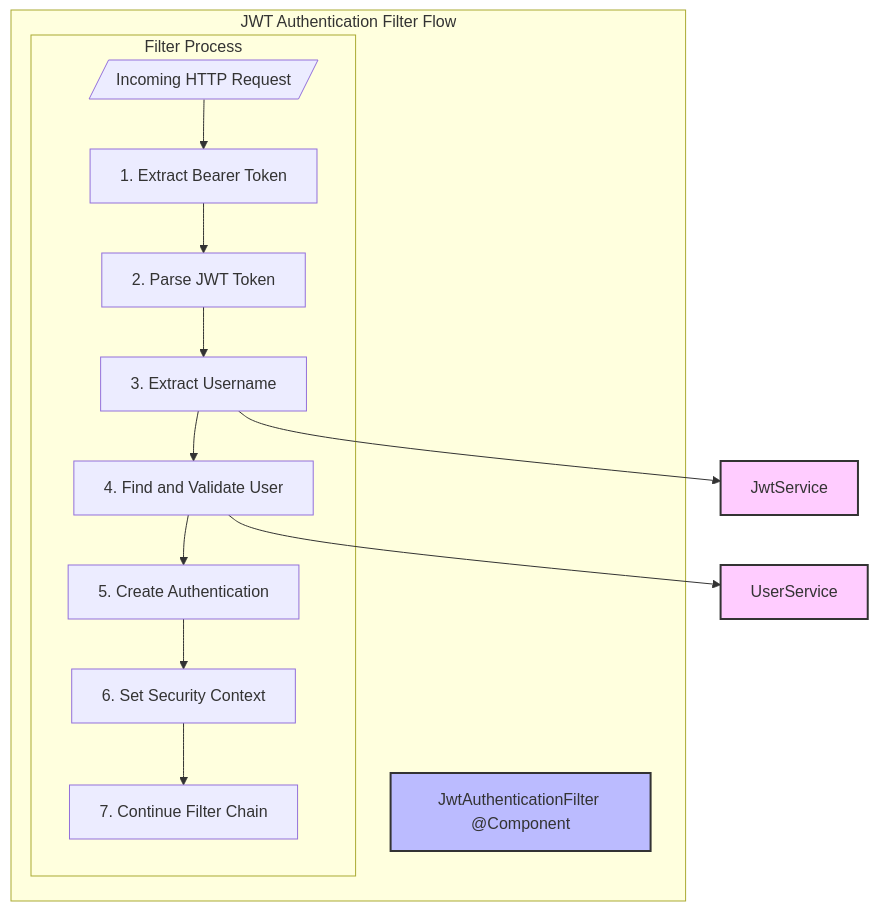
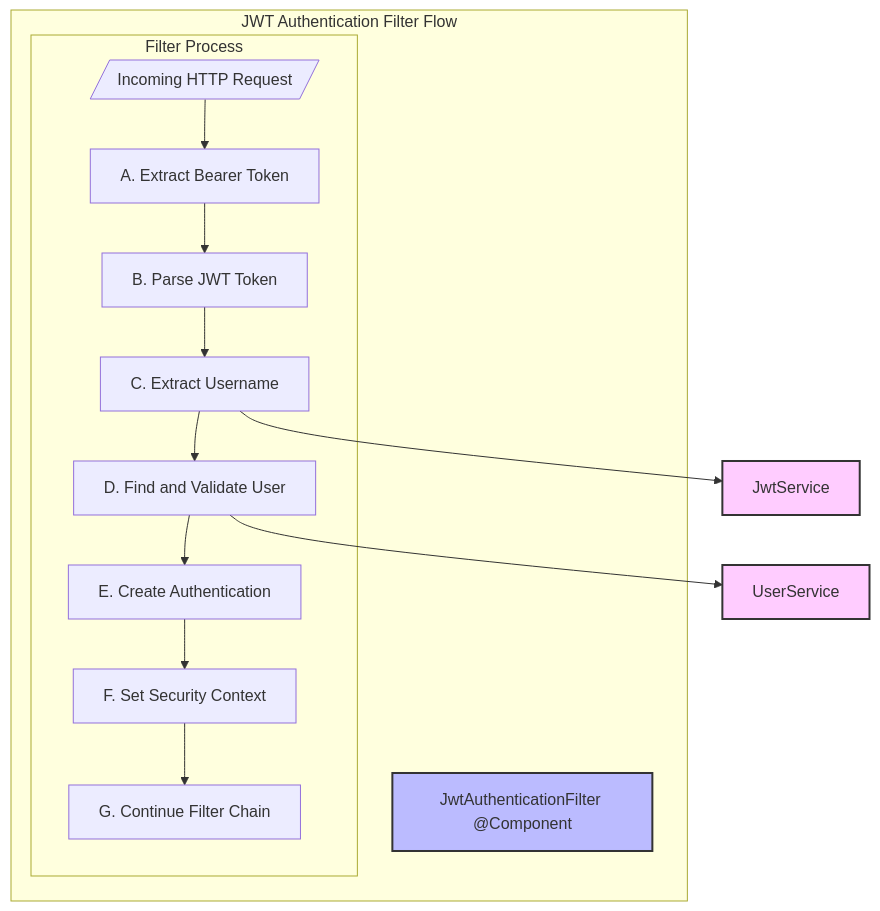
The second of 2 diagrams in README.md (victorfelipealvarezrojas/master-spring-security), drawn with Mermaid before and after one commit. The commit also changed other lines of this file, not shown here.

Commit message:
diagrama de componentes

````diff
--- a/README.md
+++ b/README.md
@@ -76,35 +76,35 @@
 ```mermaid
 graph TD
     subgraph "JWT Authentication Filter Flow"
         JAF2["JwtAuthenticationFilter @Component"]
         
         subgraph "Filter Process"
             REQ[/"Incoming HTTP Request"/]
-            HEAD["1. Extract Bearer Token"]
-            TOKEN["2. Parse JWT Token"]
-            USER["3. Extract Username"]
-            VALID["4. Find and Validate User"]
-            AUTH2["5. Create Authentication"]
-            CTX["6. Set Security Context"]
-            NEXT["7. Continue Filter Chain"]
+            HEAD["A. Extract Bearer Token"]
+            TOKEN["B. Parse JWT Token"]
+            USER["C. Extract Username"]
+            VALID["D. Find and Validate User"]
+            AUTH2["E. Create Authentication"]
+            CTX["F. Set Security Context"]
+            NEXT["G. Continue Filter Chain"]
         end
     end
     
     REQ --> HEAD
     HEAD --> TOKEN
     TOKEN --> USER
     USER --> VALID
     VALID --> AUTH2
     AUTH2 --> CTX
     CTX --> NEXT
     
     JS["JwtService"]
     US["UserService"]
     
     USER --> JS
     VALID --> US
 
     style JAF2 fill:#bbf,stroke:#333,stroke-width:2px
     style JS fill:#fcf,stroke:#333,stroke-width:2px
     style US fill:#fcf,stroke:#333,stroke-width:2px
 ```
````
